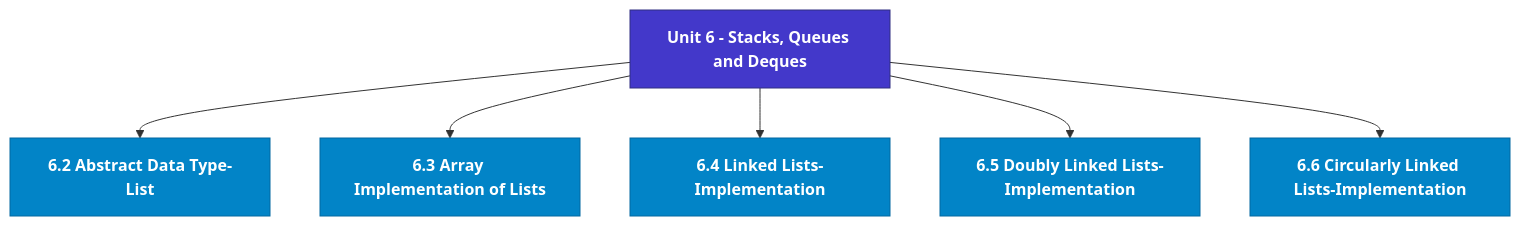
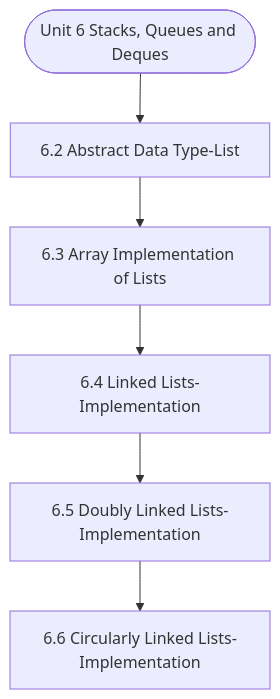
One commit to Asutosh-Coaching/mscdsa changed the diagram in notes/Semester_1/MCS-063_Data_Structures_using_Python/unit_06_Stacks,_Queues_and_Deques.md. Above: the diagram before and after it, drawn with Mermaid. The commit also changed other lines of this file and 115 other files, not shown here.

Commit message:
Fix Mermaid layout for mobile, isolate LaTeX delimiters, and add GitHub Pages reader

````diff
--- a/notes/Semester_1/MCS-063_Data_Structures_using_Python/unit_06_Stacks,_Queues_and_Deques.md
+++ b/notes/Semester_1/MCS-063_Data_Structures_using_Python/unit_06_Stacks,_Queues_and_Deques.md
@@ -19,19 +19,14 @@
 ```mermaid
 flowchart TD
-  %% Styling Definitions
-  classDef head fill:#4338ca,stroke:#312e81,color:#ffffff,font-weight:bold;
-  classDef topic fill:#0284c7,stroke:#0369a1,color:#ffffff,font-weight:600;
-  classDef sub fill:#1e293b,stroke:#475569,color:#f8fafc;
-
-  Root["Unit 6 - Stacks, Queues and Deques"]:::head
-  M1["6.2 Abstract Data Type-List"]:::topic
-  Root --> M1
-  M2["6.3 Array Implementation of Lists"]:::topic
-  Root --> M2
-  M3["6.4 Linked Lists-Implementation"]:::topic
-  Root --> M3
-  M4["6.5 Doubly Linked Lists-Implementation"]:::topic
-  Root --> M4
-  M5["6.6 Circularly Linked Lists-Implementation"]:::topic
-  Root --> M5
+  Start(["Unit 6 Stacks, Queues and Deques"])
+  N1["6.2 Abstract Data Type-List"]
+  N2["6.3 Array Implementation of Lists"]
+  N3["6.4 Linked Lists-Implementation"]
+  N4["6.5 Doubly Linked Lists-Implementation"]
+  N5["6.6 Circularly Linked Lists-Implementation"]
+  Start --> N1
+  N1 --> N2
+  N2 --> N3
+  N3 --> N4
+  N4 --> N5
 ```
````
